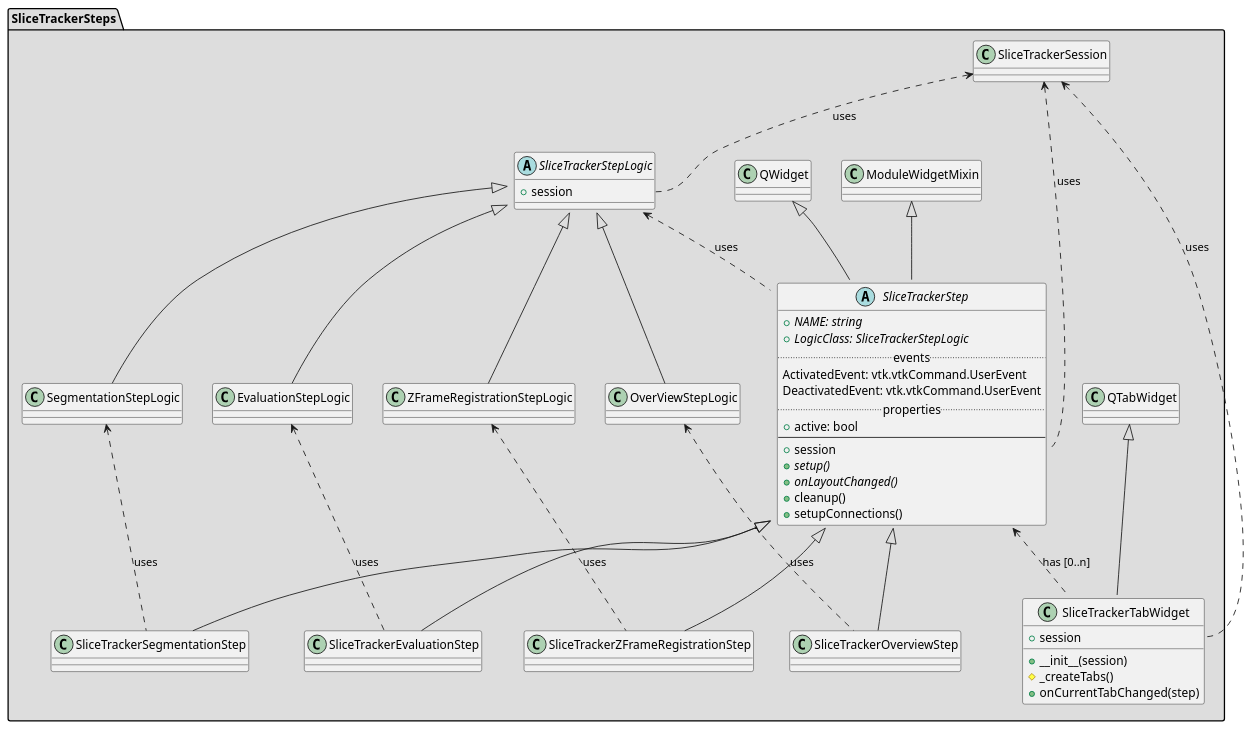
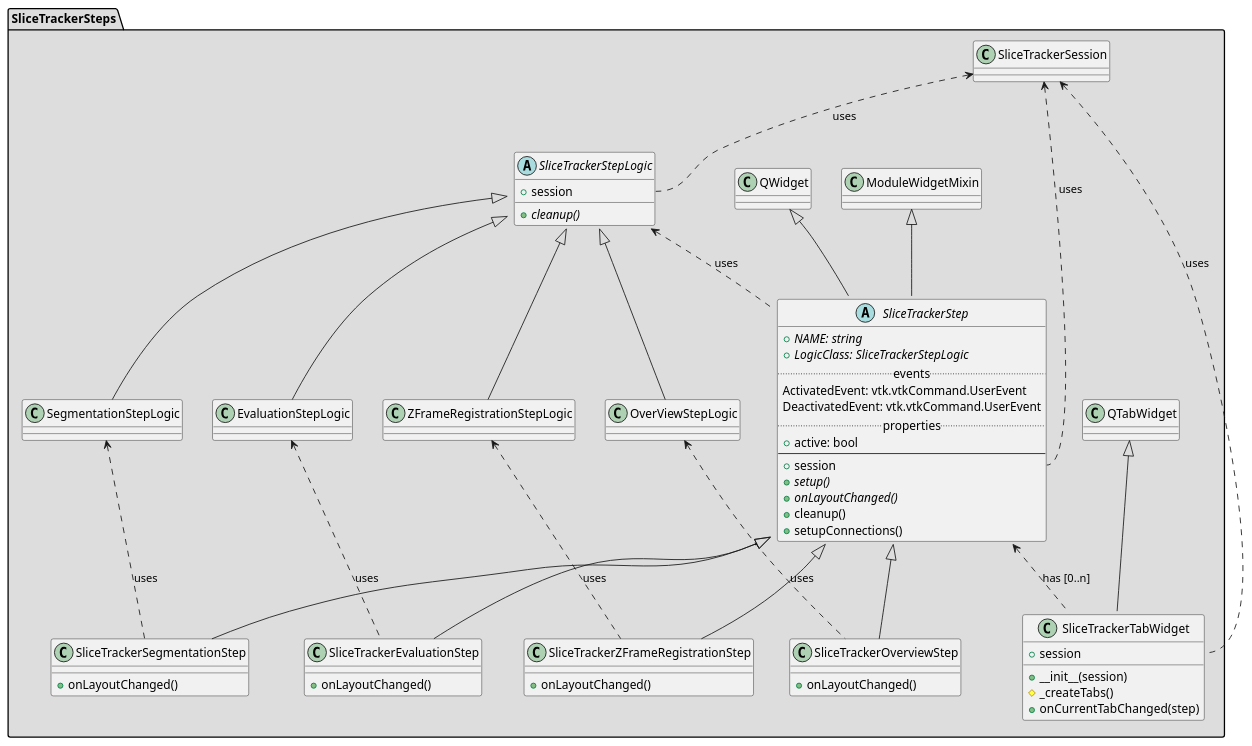
Before and after one commit to SlicerProstate/SliceTracker: the diagram in puml/SliceTrackerSteps.puml, drawn with PlantUML. The commit also changed 6 other files, not shown here.

First line of the commit message:
ENH: work on UML diagrams

```diff
--- a/puml/SliceTrackerSteps.puml
+++ b/puml/SliceTrackerSteps.puml
@@ -1,74 +1,88 @@
 @startuml
 
 package "SliceTrackerSteps" #DDDDDD {
 
 
   QTabWidget <|-- SliceTrackerTabWidget
   SliceTrackerStep <.. SliceTrackerTabWidget::steps: has [0..n]
 
   class SliceTrackerTabWidget {
     + session
     + __init__(session)
     # _createTabs()
     + onCurrentTabChanged(step)
   }
 
   ModuleWidgetMixin <|-- SliceTrackerStep
   QWidget <|-- SliceTrackerStep
 
   abstract class SliceTrackerStep {
     + {abstract} NAME: string
     + {abstract} LogicClass: SliceTrackerStepLogic
     .. events ..
     ActivatedEvent: vtk.vtkCommand.UserEvent
     DeactivatedEvent: vtk.vtkCommand.UserEvent
     .. properties ..
     + active: bool
     --
     + session
     + {abstract} setup()
     + {abstract} onLayoutChanged()
     + cleanup()
     + setupConnections()
   }
 
   abstract class SliceTrackerStepLogic {
     + session
+    + {abstract} cleanup()
   }
 
   class SliceTrackerOverviewStep {
+    + onLayoutChanged()
+  }
 
+  class SliceTrackerSegmentationStep {
+    + onLayoutChanged()
   }
+
+  class SliceTrackerZFrameRegistrationStep {
+    + onLayoutChanged()
+  }
+
+  class SliceTrackerEvaluationStep {
+    + onLayoutChanged()
+  }
+
 
   'SliceTrackerSession "0" --> "*" SliceTrackerStep
 
   'class OverViewStepLogic
   'class SegmentationStepLogic
   'class ZFrameRegistrationStepLogic
   'class EvaluationStepLogic
   '
   SliceTrackerStepLogic <|-- OverViewStepLogic
   SliceTrackerStepLogic <|-- SegmentationStepLogic
   SliceTrackerStepLogic <|-- ZFrameRegistrationStepLogic
   SliceTrackerStepLogic <|-- EvaluationStepLogic
 
   SliceTrackerStep <|-- SliceTrackerOverviewStep
   SliceTrackerStep <|-- SliceTrackerSegmentationStep
   SliceTrackerStep <|-- SliceTrackerZFrameRegistrationStep
   SliceTrackerStep <|-- SliceTrackerEvaluationStep
 
   OverViewStepLogic <.. SliceTrackerOverviewStep: uses
   SegmentationStepLogic <.. SliceTrackerSegmentationStep: uses
   ZFrameRegistrationStepLogic <.. SliceTrackerZFrameRegistrationStep: uses
   EvaluationStepLogic <.. SliceTrackerEvaluationStep: uses
 
   SliceTrackerStepLogic <.. SliceTrackerStep : uses
 
   SliceTrackerSession <.. SliceTrackerStep::session : uses
   SliceTrackerSession <.. SliceTrackerStepLogic::session: uses
   SliceTrackerSession <.. SliceTrackerTabWidget::session: uses
 }
 
 
 
 @enduml
```
